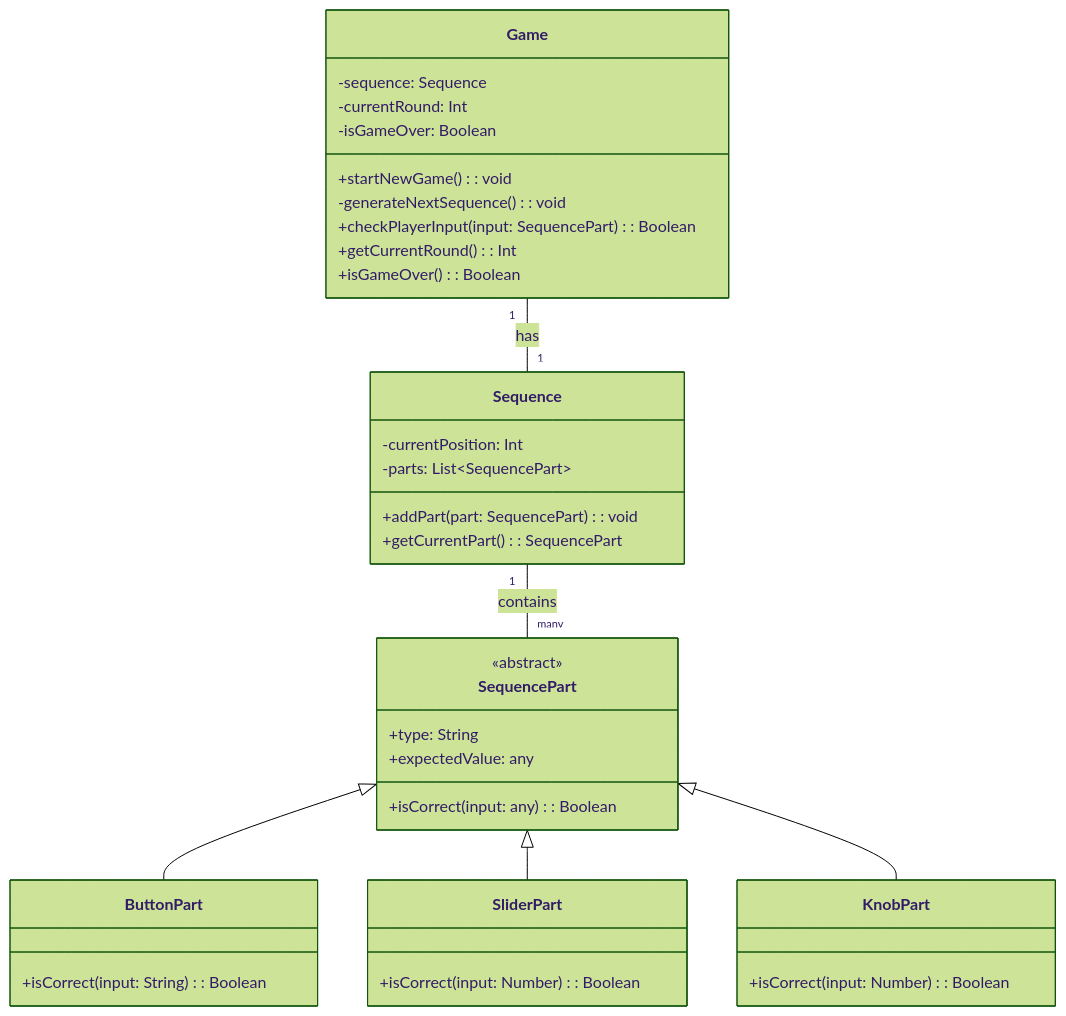
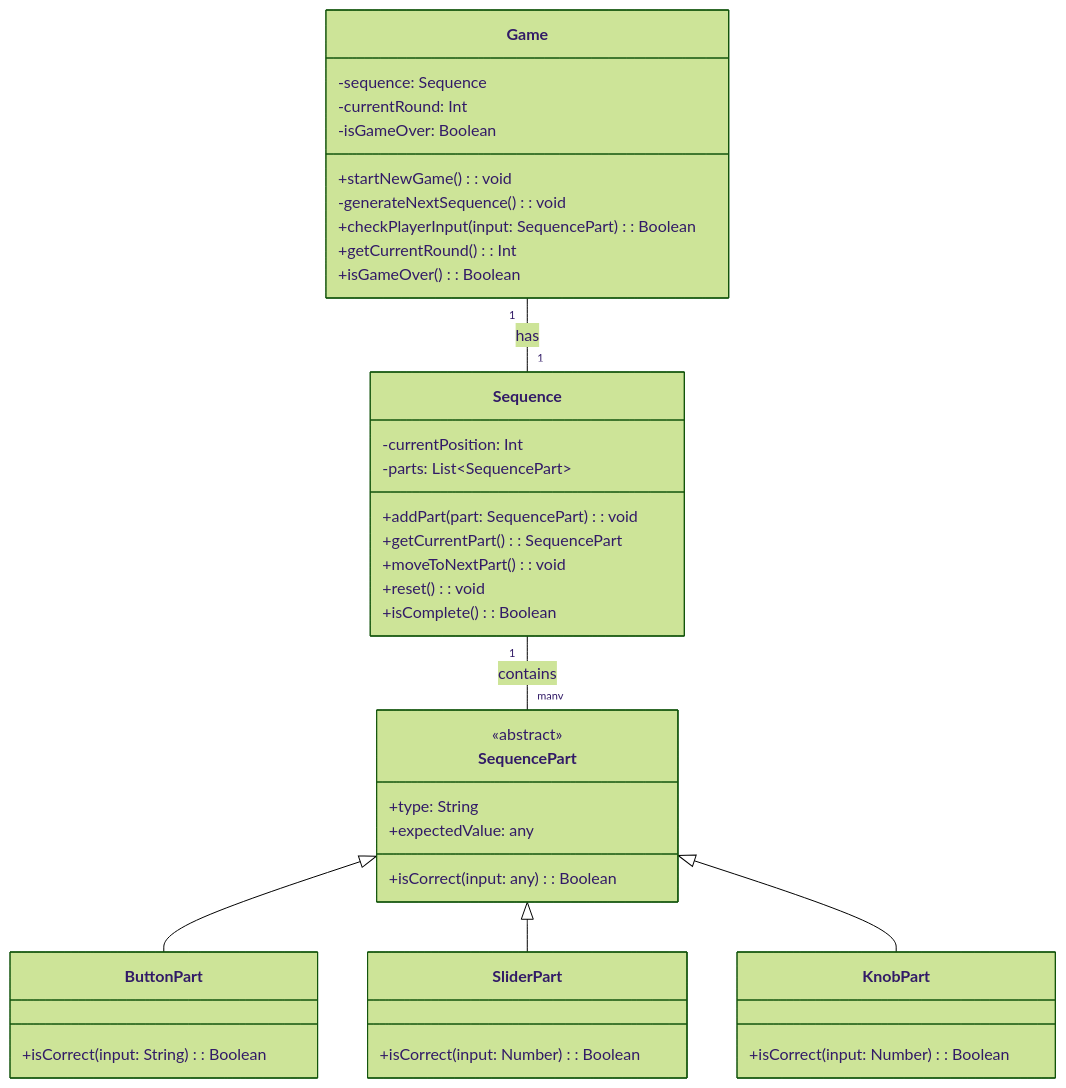
One commit to GitDevla/infinite-simon changed the fourth of 5 diagrams in docs/system-design.md. Above: the diagram before and after it, drawn with Mermaid (forest theme).

Commit message:
docs: add methods to Sequence class

````diff
--- a/docs/system-design.md
+++ b/docs/system-design.md
@@ -171,45 +171,48 @@
 ```mermaid
 classDiagram
     class SequencePart {
         <<abstract>>
         +type: String
         +expectedValue: any
         +isCorrect(input: any): Boolean
     }
 
     class ButtonPart {
         +isCorrect(input: String): Boolean
     }
 
     class SliderPart {
         +isCorrect(input: Number): Boolean
     }
 
     class KnobPart {
         +isCorrect(input: Number): Boolean
     }
 
     class Sequence {
         -currentPosition: Int
         -parts: List~SequencePart~
         +addPart(part: SequencePart): void
         +getCurrentPart(): SequencePart
+        +moveToNextPart(): void
+        +reset(): void
+        +isComplete(): Boolean
     }
   
     class Game {
         -sequence: Sequence
         -currentRound: Int
         -isGameOver: Boolean
         +startNewGame(): void
         -generateNextSequence(): void
         +checkPlayerInput(input: SequencePart): Boolean
         +getCurrentRound(): Int
         +isGameOver(): Boolean
     }
 
     Sequence "1" -- "many" SequencePart : contains
     Game "1" -- "1" Sequence : has
     SequencePart <|-- ButtonPart
     SequencePart <|-- SliderPart
     SequencePart <|-- KnobPart
 ```
````
